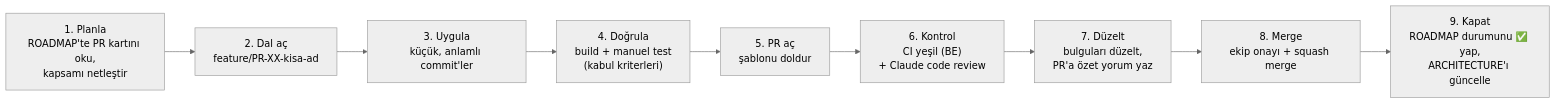
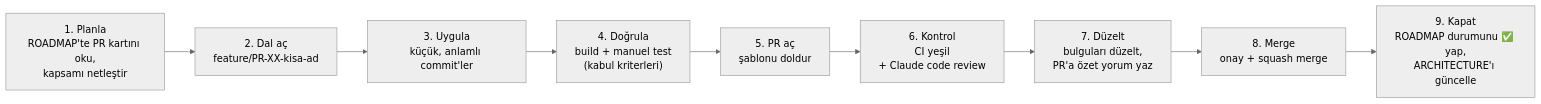
One commit to bitirmesel/GraduationProject changed the first of 2 diagrams in ROADMAP.md. Above: the diagram before and after it, drawn with Mermaid (neutral theme). The commit also changed other lines of this file and 1 other file, not shown here.

````diff
--- a/ROADMAP.md
+++ b/ROADMAP.md
@@ -16,11 +16,11 @@
 ```mermaid
 flowchart LR
     A["1. Planla<br/>ROADMAP'te PR kartını oku,<br/>kapsamı netleştir"] --> B["2. Dal aç<br/>feature/PR-XX-kisa-ad"]
     B --> C["3. Uygula<br/>küçük, anlamlı commit'ler"]
     C --> D["4. Doğrula<br/>build + manuel test<br/>(kabul kriterleri)"]
     D --> E["5. PR aç<br/>şablonu doldur"]
-    E --> F["6. Kontrol<br/>CI yeşil (BE)<br/>+ Claude code review"]
+    E --> F["6. Kontrol<br/>CI yeşil<br/>+ Claude code review"]
     F --> F2["7. Düzelt<br/>bulguları düzelt,<br/>PR'a özet yorum yaz"]
-    F2 --> G["8. Merge<br/>ekip onayı + squash merge"]
+    F2 --> G["8. Merge<br/>onay + squash merge"]
     G --> H["9. Kapat<br/>ROADMAP durumunu ✅ yap,<br/>ARCHITECTURE'ı güncelle"]
 ```
````
